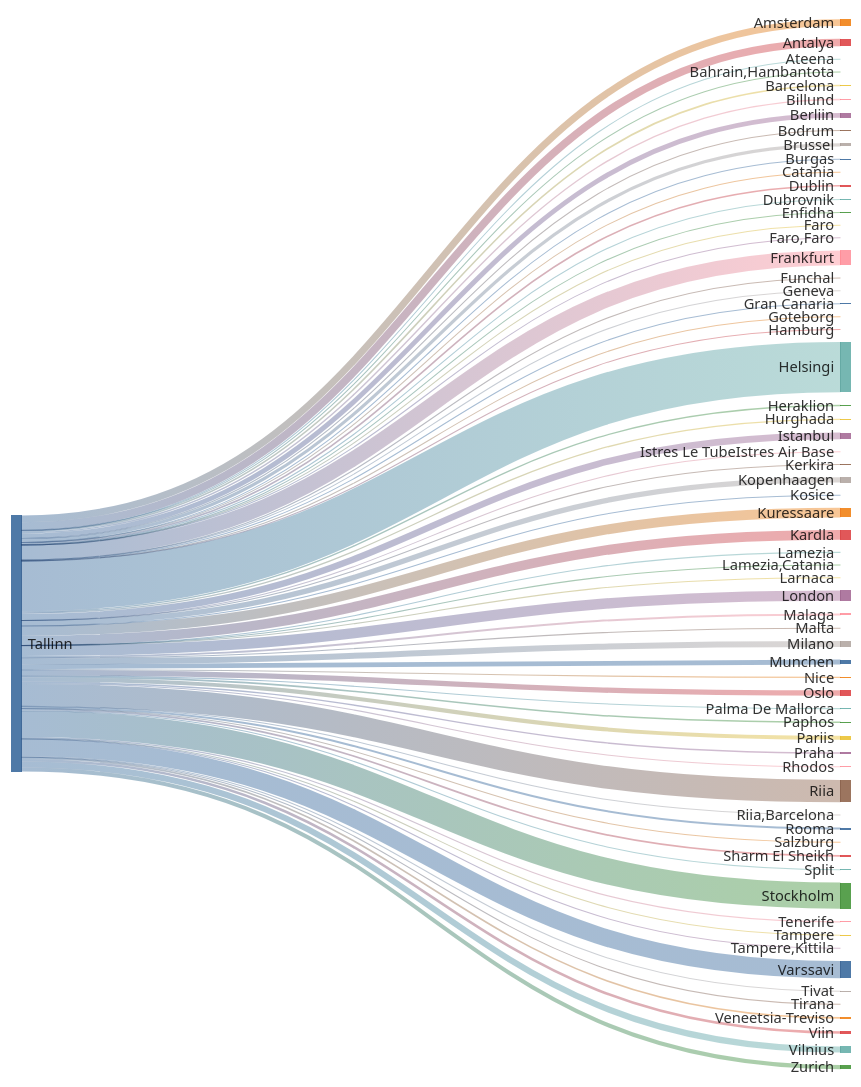
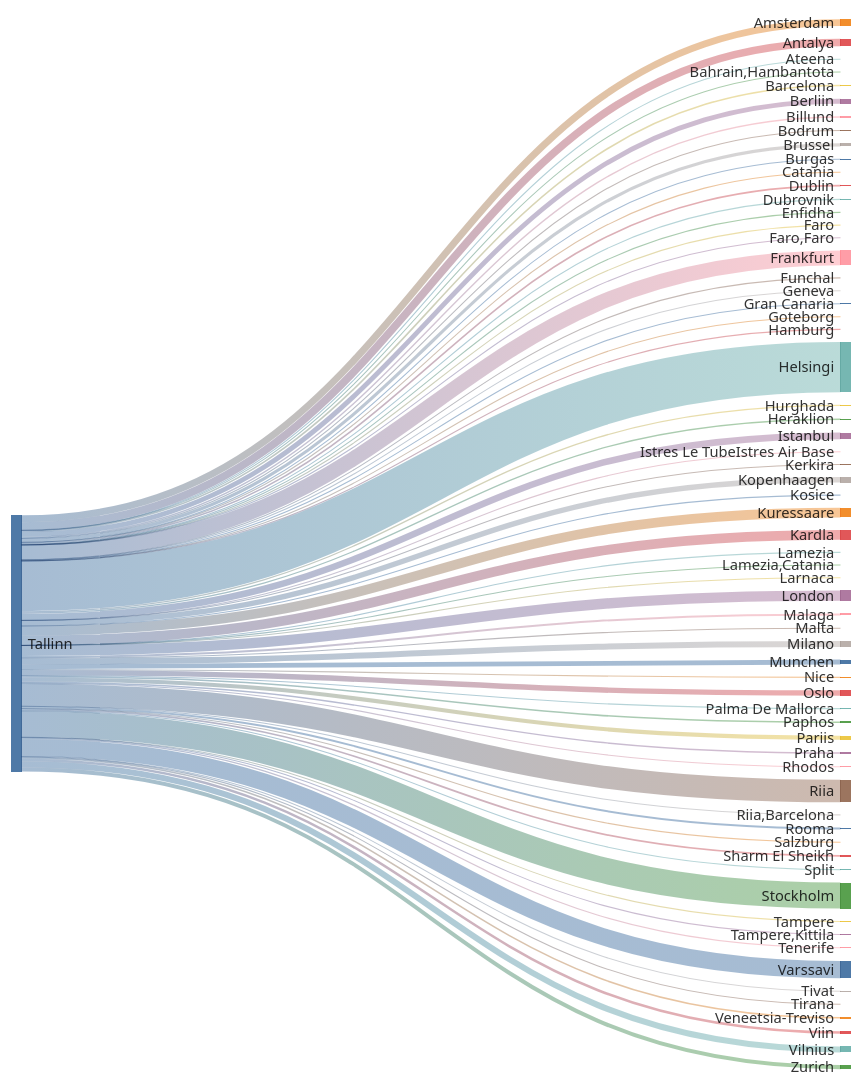
The second of 2 diagrams in README.md (rainermesi/tll-airport-departures), drawn with Mermaid before and after one commit. The commit also changed other lines of this file, not shown here.

````diff
--- a/README.md
+++ b/README.md
@@ -34,77 +34,77 @@
 ```mermaid
 ---
 config:
   sankey:
     showValues: false
     width: 800
     height: 1000
 ---
 sankey-beta
 %% source,target,value
-Tallinn,Amsterdam,239
-Tallinn,Antalya,266
+Tallinn,Amsterdam,241
+Tallinn,Antalya,267
 Tallinn,Ateena,16
 Tallinn,"Bahrain,Hambantota",1
 Tallinn,Barcelona,55
-Tallinn,Berliin,167
+Tallinn,Berliin,168
 Tallinn,Billund,49
 Tallinn,Bodrum,11
 Tallinn,Brussel,110
 Tallinn,Burgas,21
 Tallinn,Catania,2
 Tallinn,Dublin,56
 Tallinn,Dubrovnik,21
 Tallinn,Enfidha,7
 Tallinn,Faro,4
 Tallinn,"Faro,Faro",1
-Tallinn,Frankfurt,511
+Tallinn,Frankfurt,514
 Tallinn,Funchal,5
 Tallinn,Geneva,7
 Tallinn,Gran Canaria,27
 Tallinn,Goteborg,1
 Tallinn,Hamburg,1
-Tallinn,Helsingi,1731
+Tallinn,Helsingi,1740
 Tallinn,Heraklion,46
-Tallinn,Hurghada,43
-Tallinn,Istanbul,228
+Tallinn,Hurghada,44
+Tallinn,Istanbul,229
 Tallinn,Istres Le TubeIstres Air Base,2
 Tallinn,Kerkira,4
-Tallinn,Kopenhaagen,186
+Tallinn,Kopenhaagen,187
 Tallinn,Kosice,1
-Tallinn,Kuressaare,335
-Tallinn,Kardla,335
+Tallinn,Kuressaare,337
+Tallinn,Kardla,337
 Tallinn,Lamezia,1
 Tallinn,"Lamezia,Catania",3
 Tallinn,Larnaca,4
-Tallinn,London,359
-Tallinn,Malaga,68
+Tallinn,London,361
+Tallinn,Malaga,69
 Tallinn,Malta,15
-Tallinn,Milano,206
+Tallinn,Milano,207
 Tallinn,Munchen,167
 Tallinn,Nice,25
-Tallinn,Oslo,187
+Tallinn,Oslo,188
 Tallinn,Palma De Mallorca,19
-Tallinn,Paphos,54
-Tallinn,Pariis,140
+Tallinn,Paphos,55
+Tallinn,Pariis,141
 Tallinn,Praha,49
 Tallinn,Rhodos,32
-Tallinn,Riia,774
+Tallinn,Riia,778
 Tallinn,"Riia,Barcelona",1
 Tallinn,Rooma,69
 Tallinn,Salzburg,8
 Tallinn,Sharm El Sheikh,60
 Tallinn,Split,25
-Tallinn,Stockholm,898
+Tallinn,Stockholm,902
 Tallinn,Tampere,17
 Tallinn,"Tampere,Kittila",10
-Tallinn,Tenerife,41
+Tallinn,Tenerife,42
 Tallinn,Tirana,8
 Tallinn,Tivat,26
-Tallinn,Varssavi,596
-Tallinn,Veneetsia-Treviso,55
-Tallinn,Viin,88
-Tallinn,Vilnius,211
-Tallinn,Zurich,139
+Tallinn,Varssavi,599
+Tallinn,Veneetsia-Treviso,56
+Tallinn,Viin,89
+Tallinn,Vilnius,212
+Tallinn,Zurich,140
 
 
 ```
````
